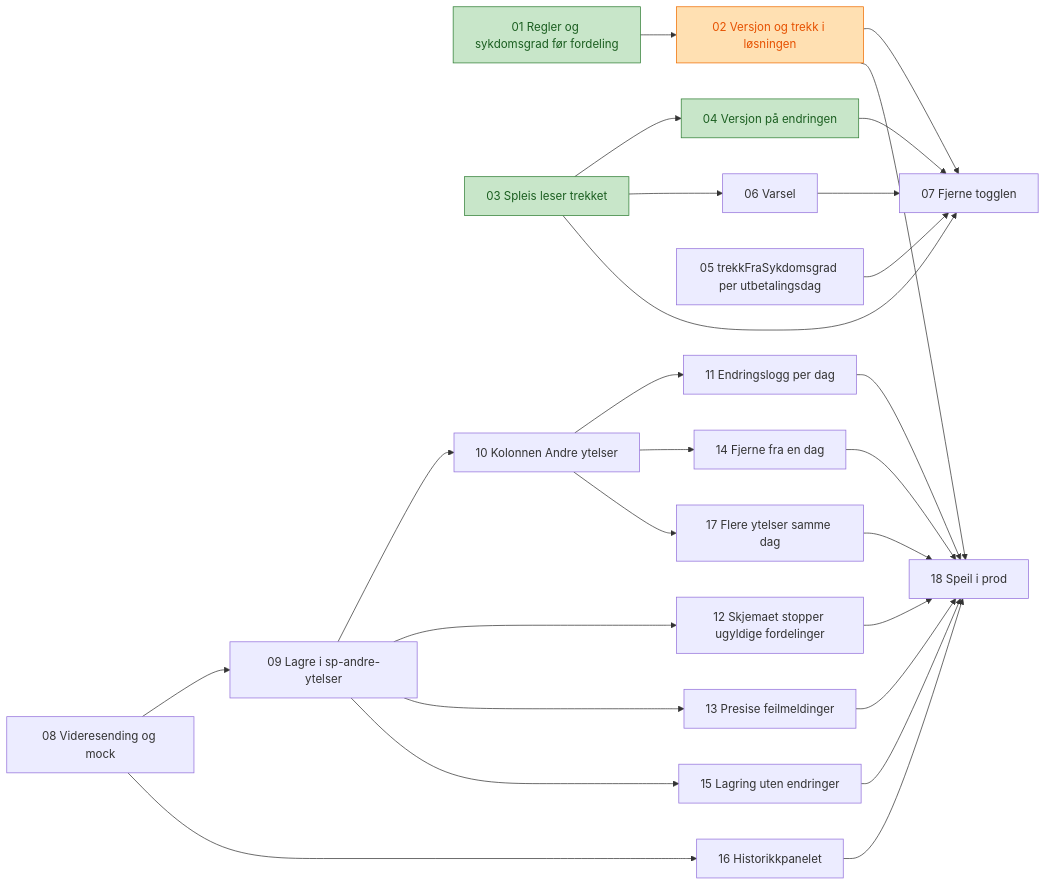
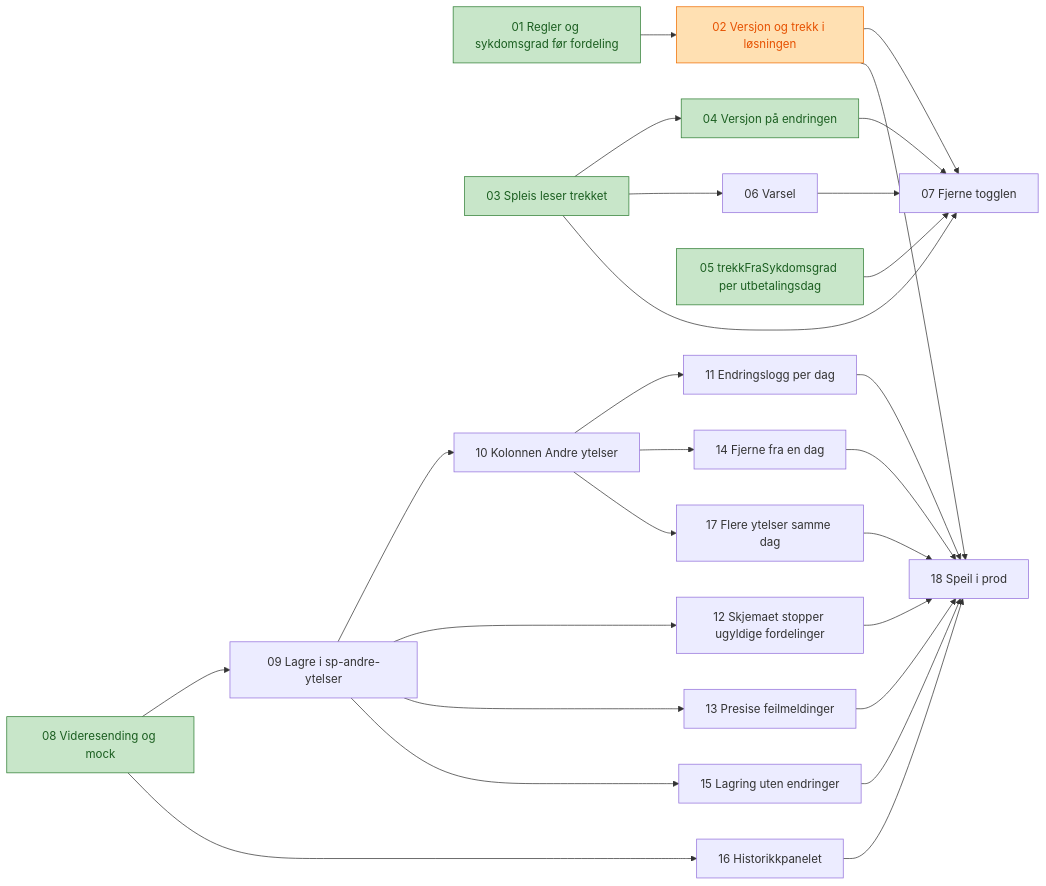
One commit to navikt/helse-sas-meta changed the diagram in docs/tickets/graderte-andre-ytelser/index.md. Above: the diagram before and after it, drawn with Mermaid. The commit also changed other lines of this file and 1 other file, not shown here.

Commit message:
📝 Setter ticket 08 for graderte andre ytelser til ferdig

````diff
--- a/docs/tickets/graderte-andre-ytelser/index.md
+++ b/docs/tickets/graderte-andre-ytelser/index.md
@@ -26,33 +26,33 @@
 ```mermaid
 flowchart LR
     T01[01 Regler og sykdomsgrad før fordeling] --> T02[02 Versjon og trekk i løsningen]
     T03[03 Spleis leser trekket] --> T04[04 Versjon på endringen]
     T03 --> T06[06 Varsel]
     T02 --> T07[07 Fjerne togglen]
     T03 --> T07
     T04 --> T07
     T05[05 trekkFraSykdomsgrad per utbetalingsdag] --> T07
     T06 --> T07
     T08[08 Videresending og mock] --> T09[09 Lagre i sp-andre-ytelser]
     T09 --> T10[10 Kolonnen Andre ytelser]
     T10 --> T11[11 Endringslogg per dag]
     T09 --> T12[12 Skjemaet stopper ugyldige fordelinger]
     T09 --> T13[13 Presise feilmeldinger]
     T10 --> T14[14 Fjerne fra en dag]
     T09 --> T15[15 Lagring uten endringer]
     T08 --> T16[16 Historikkpanelet]
     T10 --> T17[17 Flere ytelser samme dag]
     T02 --> T18[18 Speil i prod]
     T11 --> T18
     T12 --> T18
     T13 --> T18
     T14 --> T18
     T15 --> T18
     T16 --> T18
     T17 --> T18
 
     classDef ferdig fill:#c8e6c9,stroke:#2e7d32,color:#1b5e20
     classDef pagar fill:#ffe0b2,stroke:#ef6c00,color:#e65100
-    class T01,T03,T04 ferdig
+    class T01,T03,T04,T05,T08 ferdig
     class T02 pagar
 ```
````
